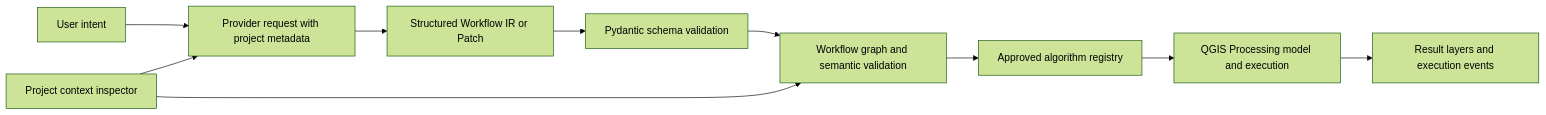
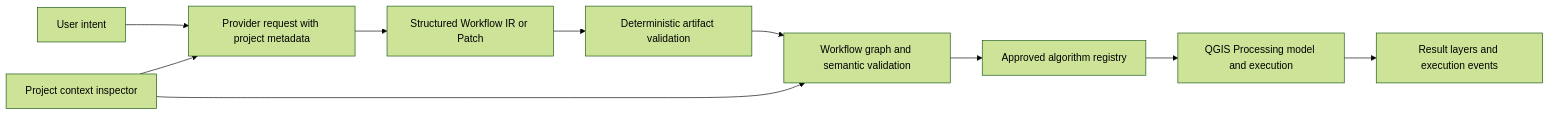
The diagram in docs/architecture.md (ibrahim1023/GeoCompiler), drawn with Mermaid (forest theme) before and after one commit. The commit also changed 8 other files, not shown here.

````diff
--- a/docs/architecture.md
+++ b/docs/architecture.md
@@ -28,12 +28,12 @@
 ```mermaid
 flowchart LR
     A[User intent] --> B[Provider request with project metadata]
     B --> C[Structured Workflow IR or Patch]
-    C --> D[Pydantic schema validation]
+    C --> D[Deterministic artifact validation]
     D --> E[Workflow graph and semantic validation]
     E --> F[Approved algorithm registry]
     F --> G[QGIS Processing model and execution]
     G --> H[Result layers and execution events]
     I[Project context inspector] --> B
     I --> E
 ```
````
